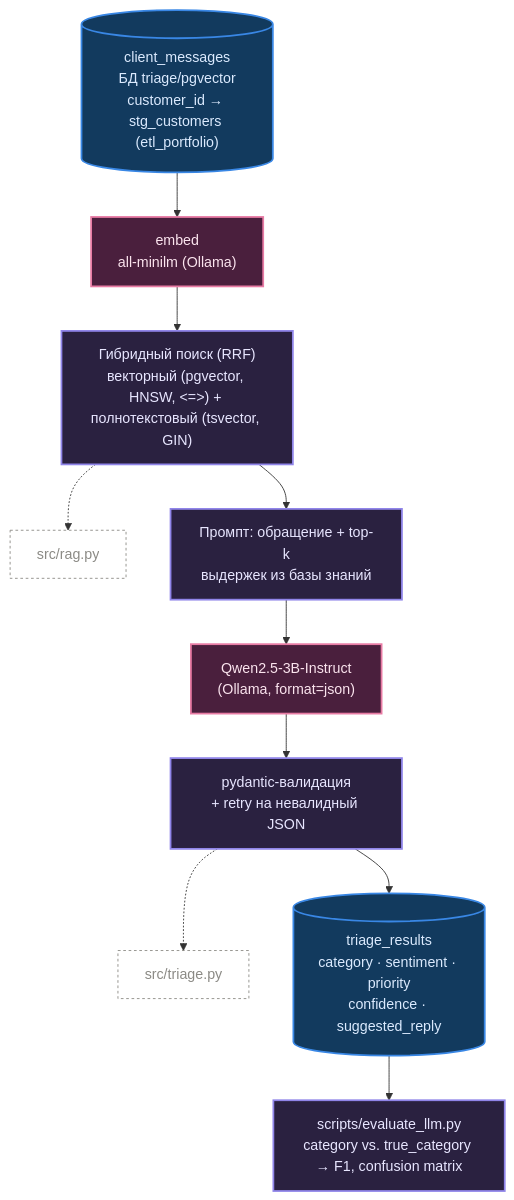
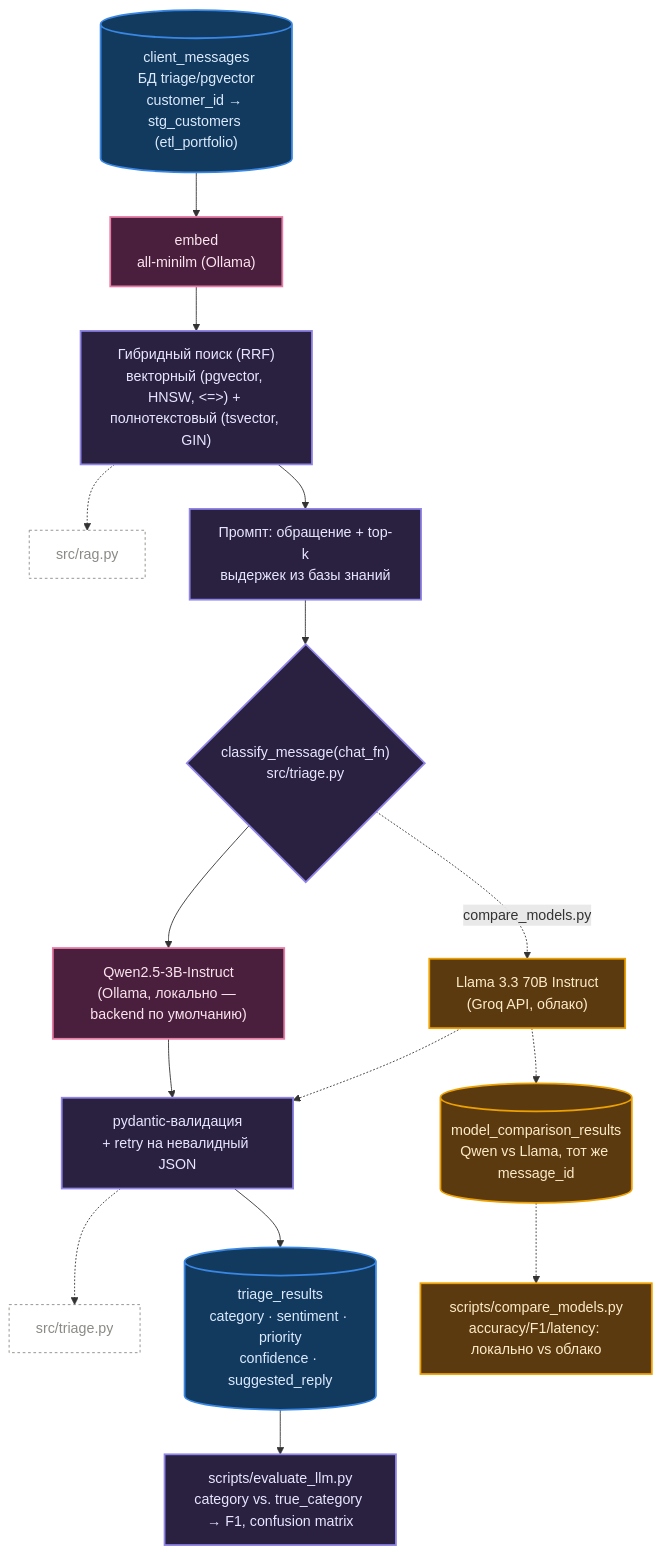
One commit to exist-ty/support-triage-llm changed the diagram in README.md. Above: the diagram before and after it, drawn with Mermaid. The commit also changed other lines of this file, not shown here.

Commit message:
Отразить в диаграмме архитектуры облачный backend (Llama 3.3 70B, Groq)
Диаграмма показывала только Qwen2.5-3B — после добавления compare_models.py
это стало неполной картиной. Добавлены узлы Llama 3.3 70B и
model_comparison_results, пунктирными рёбрами (как и остальные "читается
отдельно" связи в этом же файле) — продовый путь run_triage.py не менялся,
только Qwen.

````diff
--- a/README.md
+++ b/README.md
@@ -34,18 +34,28 @@
 ```mermaid
 graph TD
     A[("client_messages<br/>БД triage/pgvector<br/>customer_id → stg_customers (etl_portfolio)")]:::db
     A --> B["embed<br/>all-minilm (Ollama)"]:::model
     B --> C["Гибридный поиск (RRF)<br/>векторный (pgvector, HNSW, &lt;=&gt;) + полнотекстовый (tsvector, GIN)"]:::process
     C -.-> C1["src/rag.py"]:::code
     C --> D["Промпт: обращение + top-k<br/>выдержек из базы знаний"]:::process
-    D --> E["Qwen2.5-3B-Instruct<br/>(Ollama, format=json)"]:::model
-    E --> F["pydantic-валидация<br/>+ retry на невалидный JSON"]:::process
+    D --> E{"classify_message(chat_fn)<br/>src/triage.py"}:::process
+
+    E --> E1["Qwen2.5-3B-Instruct<br/>(Ollama, локально — backend по умолчанию)"]:::model
+    E -.->|"compare_models.py"| E2["Llama 3.3 70B Instruct<br/>(Groq API, облако)"]:::cloud
+
+    E1 --> F["pydantic-валидация<br/>+ retry на невалидный JSON"]:::process
+    E2 -.-> F
     F -.-> F1["src/triage.py"]:::code
+
     F --> G[("triage_results<br/>category · sentiment · priority<br/>confidence · suggested_reply")]:::db
-    G --> H["scripts/evaluate_llm.py<br/>category vs. true_category → F1, confusion matrix"]:::process
+    E2 -.-> H[("model_comparison_results<br/>Qwen vs Llama, тот же message_id")]:::cloud
+
+    G --> I["scripts/evaluate_llm.py<br/>category vs. true_category → F1, confusion matrix"]:::process
+    H -.-> J["scripts/compare_models.py<br/>accuracy/F1/latency: локально vs облако"]:::cloud
 
     classDef db fill:#123a5e,stroke:#3987e5,color:#dbeafe,stroke-width:2px
     classDef model fill:#4a1f3d,stroke:#e87ba4,color:#fbe4ee,stroke-width:2px
     classDef process fill:#2a2140,stroke:#9085e9,color:#e8e6ff,stroke-width:2px
     classDef code fill:none,stroke:#8b8a85,stroke-width:1px,color:#8b8a85,stroke-dasharray:3 3
+    classDef cloud fill:#5c3a10,stroke:#eda100,color:#fdecc8,stroke-width:2px
 ```
````
